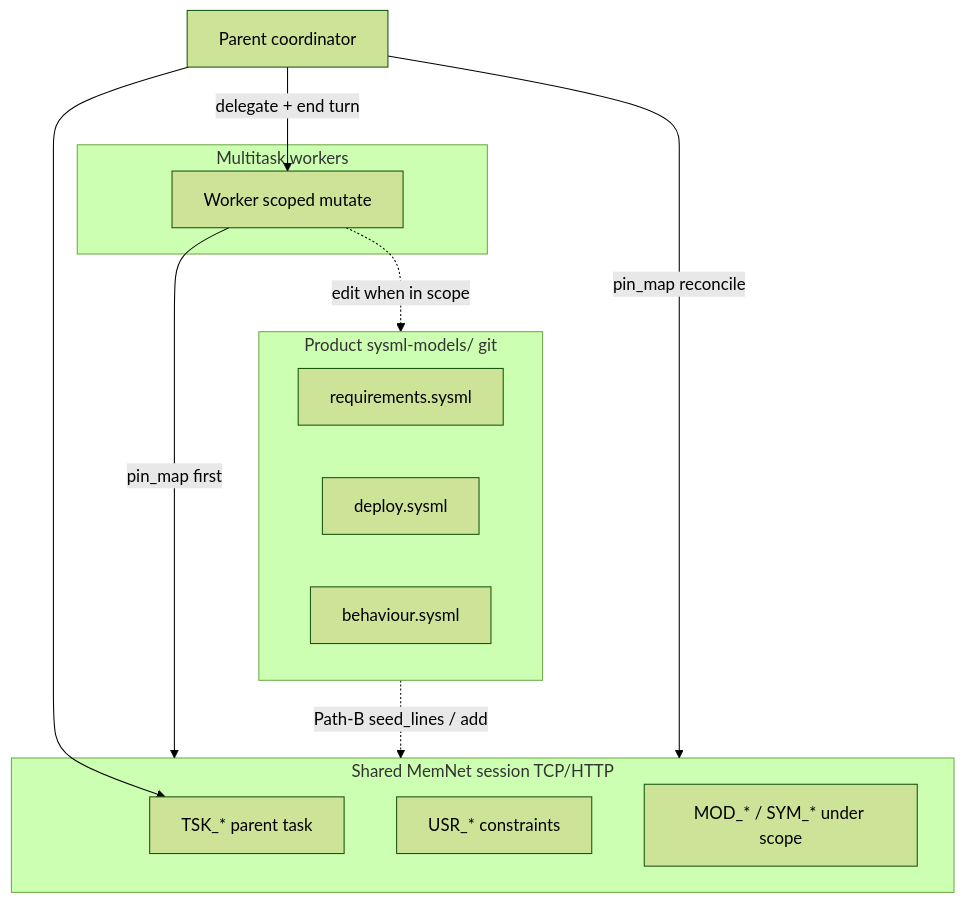
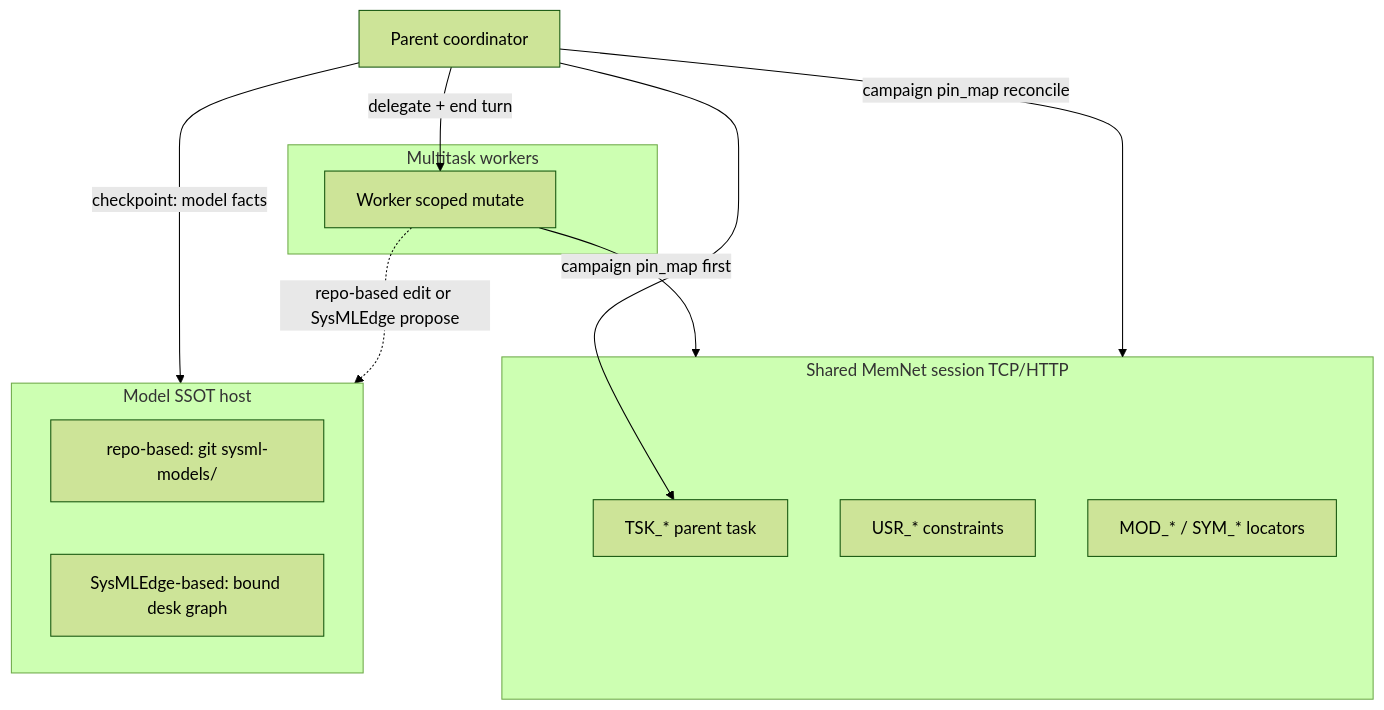
One commit to chouswei/MemNet changed the diagram in docs/application-notes/system/llm-system-dev-multitask.md. Above: the diagram before and after it, drawn with Mermaid (forest theme). The commit also changed other lines of this file and 25 other files, not shown here.

First line of the commit message:
Teach SysMLEdge users: MemNet is working memory; bound desk hosts the model graph.

````diff
--- a/docs/application-notes/system/llm-system-dev-multitask.md
+++ b/docs/application-notes/system/llm-system-dev-multitask.md
@@ -37,22 +44,21 @@
 ```mermaid
 flowchart TB
   subgraph mission [Shared MemNet session TCP/HTTP]
     TSK[TSK_* parent task]
     USR[USR_* constraints]
-    MOD[MOD_* / SYM_* under scope]
+    MOD[MOD_* / SYM_* locators]
   end
-  subgraph structural [Product sysml-models/ git]
-    REQ[requirements.sysml]
-    DEP[deploy.sysml]
-    BEH[behaviour.sysml]
+  subgraph model [Model SSOT host]
+    REPO[repo-based: git sysml-models/]
+    EDGE[SysMLEdge-based: bound desk graph]
   end
   subgraph workers [Multitask workers]
     W1[Worker scoped mutate]
   end
   PARENT[Parent coordinator] --> TSK
   PARENT -->|delegate + end turn| W1
-  W1 -->|pin_map first| mission
-  PARENT -->|pin_map reconcile| mission
-  W1 -.->|edit when in scope| structural
-  structural -.->|Path-B seed_lines / add| mission
+  W1 -->|campaign pin_map first| mission
+  PARENT -->|campaign pin_map reconcile| mission
+  PARENT -->|checkpoint: model facts| model
+  W1 -.->|repo-based edit or SysMLEdge propose| model
 ```
````
